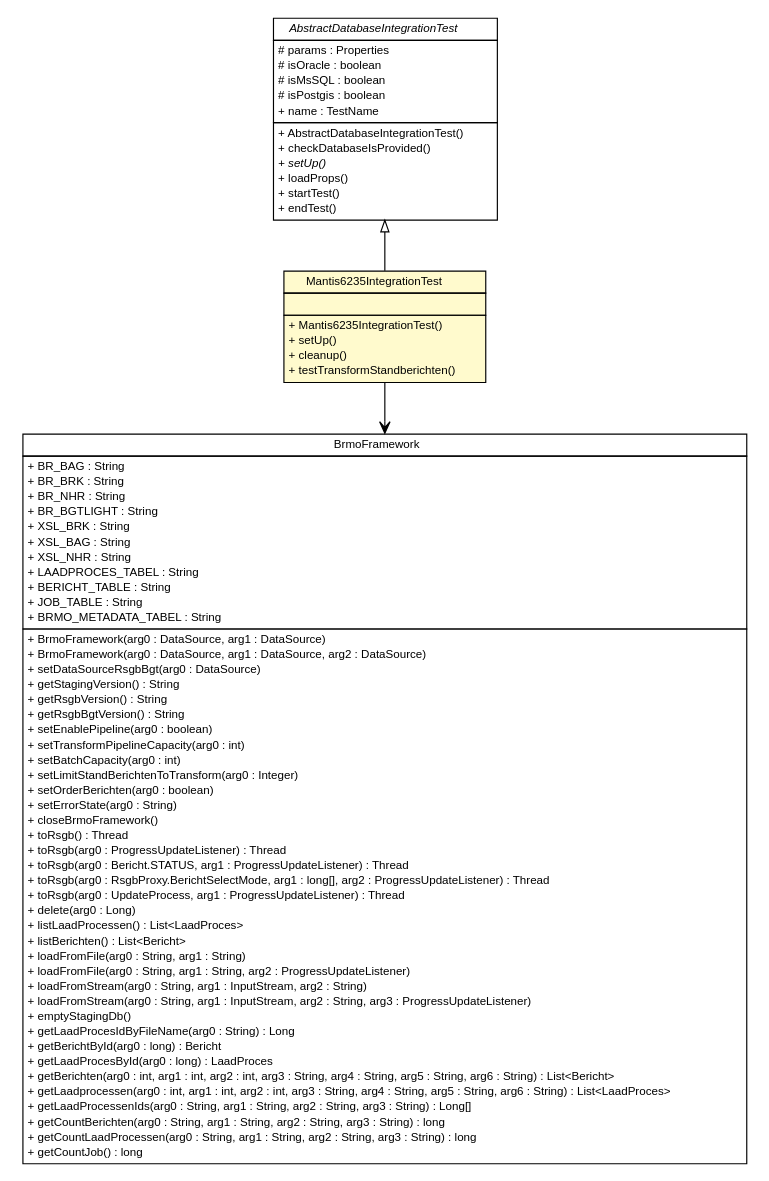
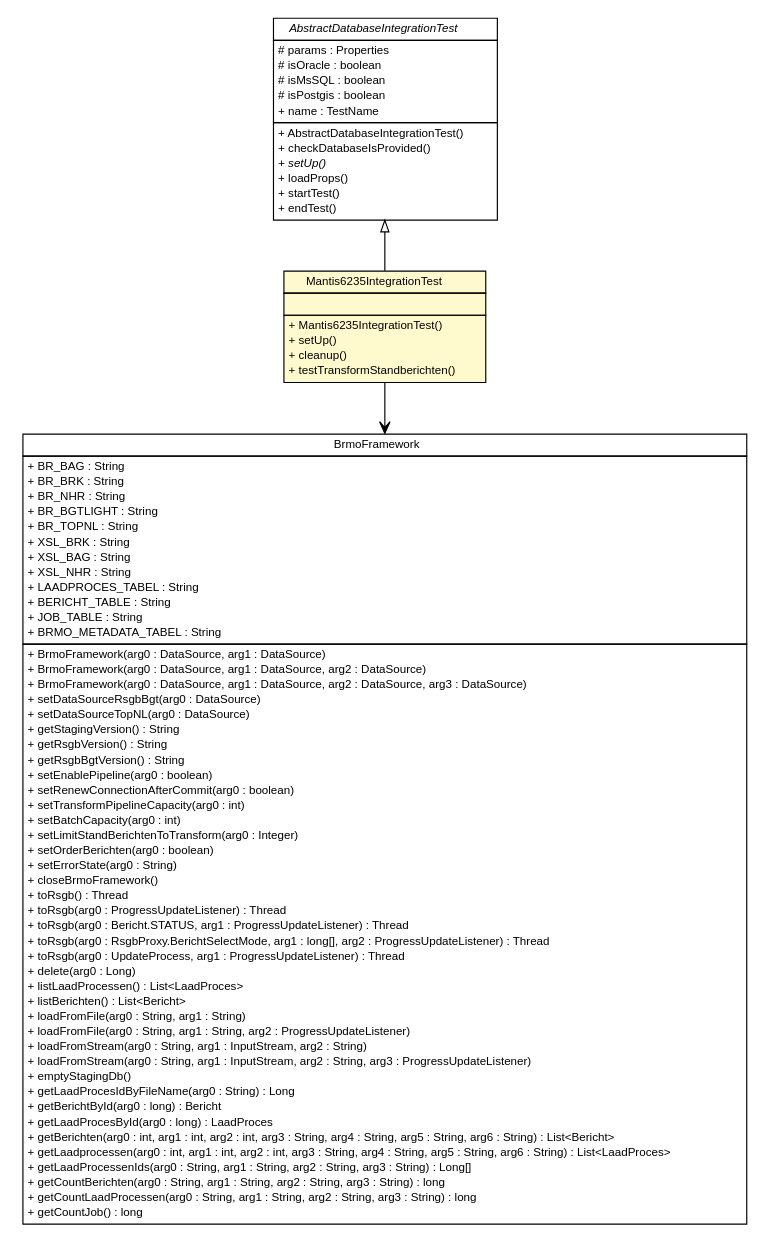
One commit to B3Partners/brmo changed the diagram in brmo-loader/testapidocs/nl/b3p/Mantis6235IntegrationTest.dot. Above: the diagram before and after it, drawn with Graphviz. The commit also changed 377 other files, not shown here.

```diff
--- a/brmo-loader/testapidocs/nl/b3p/Mantis6235IntegrationTest.dot
+++ b/brmo-loader/testapidocs/nl/b3p/Mantis6235IntegrationTest.dot
@@ -1,108 +1,112 @@
 #!/usr/local/bin/dot
 #
 # Class diagram 
 # Generated by UMLGraph version R5_6-24-gf6e263 (http://www.umlgraph.org/)
 #
 
 digraph G {
 	edge [fontname="Helvetica",fontsize=10,labelfontname="Helvetica",labelfontsize=10];
 	node [fontname="Helvetica",fontsize=10,shape=plaintext];
 	nodesep=0.25;
 	ranksep=0.5;
 	// nl.b3p.Mantis6235IntegrationTest
-	c406 [label=<<table title="nl.b3p.Mantis6235IntegrationTest" border="0" cellborder="1" cellspacing="0" cellpadding="2" port="p" bgcolor="lemonChiffon" href="./Mantis6235IntegrationTest.html">
+	c410 [label=<<table title="nl.b3p.Mantis6235IntegrationTest" border="0" cellborder="1" cellspacing="0" cellpadding="2" port="p" bgcolor="lemonChiffon" href="./Mantis6235IntegrationTest.html">
 		<tr><td><table border="0" cellspacing="0" cellpadding="1">
 <tr><td align="center" balign="center"> Mantis6235IntegrationTest </td></tr>
 		</table></td></tr>
 		<tr><td><table border="0" cellspacing="0" cellpadding="1">
 <tr><td align="left" balign="left">  </td></tr>
 		</table></td></tr>
 		<tr><td><table border="0" cellspacing="0" cellpadding="1">
 <tr><td align="left" balign="left"> + Mantis6235IntegrationTest() </td></tr>
 <tr><td align="left" balign="left"> + setUp() </td></tr>
 <tr><td align="left" balign="left"> + cleanup() </td></tr>
 <tr><td align="left" balign="left"> + testTransformStandberichten() </td></tr>
 		</table></td></tr>
 		</table>>, URL="./Mantis6235IntegrationTest.html", fontname="Helvetica", fontcolor="black", fontsize=10.0];
 	// nl.b3p.AbstractDatabaseIntegrationTest
-	c410 [label=<<table title="nl.b3p.AbstractDatabaseIntegrationTest" border="0" cellborder="1" cellspacing="0" cellpadding="2" port="p" href="./AbstractDatabaseIntegrationTest.html">
+	c414 [label=<<table title="nl.b3p.AbstractDatabaseIntegrationTest" border="0" cellborder="1" cellspacing="0" cellpadding="2" port="p" href="./AbstractDatabaseIntegrationTest.html">
 		<tr><td><table border="0" cellspacing="0" cellpadding="1">
 <tr><td align="center" balign="center"><font face="Helvetica-Oblique"> AbstractDatabaseIntegrationTest </font></td></tr>
 		</table></td></tr>
 		<tr><td><table border="0" cellspacing="0" cellpadding="1">
 <tr><td align="left" balign="left"> # params : Properties </td></tr>
 <tr><td align="left" balign="left"> # isOracle : boolean </td></tr>
 <tr><td align="left" balign="left"> # isMsSQL : boolean </td></tr>
 <tr><td align="left" balign="left"> # isPostgis : boolean </td></tr>
 <tr><td align="left" balign="left"> + name : TestName </td></tr>
 		</table></td></tr>
 		<tr><td><table border="0" cellspacing="0" cellpadding="1">
 <tr><td align="left" balign="left"> + AbstractDatabaseIntegrationTest() </td></tr>
 <tr><td align="left" balign="left"> + checkDatabaseIsProvided() </td></tr>
 <tr><td align="left" balign="left"><font face="Helvetica-Oblique" point-size="10.0"> + setUp() </font></td></tr>
 <tr><td align="left" balign="left"> + loadProps() </td></tr>
 <tr><td align="left" balign="left"> + startTest() </td></tr>
 <tr><td align="left" balign="left"> + endTest() </td></tr>
 		</table></td></tr>
 		</table>>, URL="./AbstractDatabaseIntegrationTest.html", fontname="Helvetica", fontcolor="black", fontsize=10.0];
 	//nl.b3p.Mantis6235IntegrationTest extends nl.b3p.AbstractDatabaseIntegrationTest
-	c410:p -> c406:p [dir=back,arrowtail=empty];
+	c414:p -> c410:p [dir=back,arrowtail=empty];
 	// nl.b3p.Mantis6235IntegrationTest NAVASSOC nl.b3p.brmo.loader.BrmoFramework
-	c406:p -> c424:p [taillabel="", label="", headlabel="", fontname="Helvetica", fontcolor="black", fontsize=10.0, color="black", arrowhead=open];
+	c410:p -> c424:p [taillabel="", label="", headlabel="", fontname="Helvetica", fontcolor="black", fontsize=10.0, color="black", arrowhead=open];
 	// nl.b3p.brmo.loader.BrmoFramework
 	c424 [label=<<table title="nl.b3p.brmo.loader.BrmoFramework" border="0" cellborder="1" cellspacing="0" cellpadding="2" port="p">
 		<tr><td><table border="0" cellspacing="0" cellpadding="1">
 <tr><td align="center" balign="center"> BrmoFramework </td></tr>
 		</table></td></tr>
 		<tr><td><table border="0" cellspacing="0" cellpadding="1">
 <tr><td align="left" balign="left"> + BR_BAG : String </td></tr>
 <tr><td align="left" balign="left"> + BR_BRK : String </td></tr>
 <tr><td align="left" balign="left"> + BR_NHR : String </td></tr>
 <tr><td align="left" balign="left"> + BR_BGTLIGHT : String </td></tr>
+<tr><td align="left" balign="left"> + BR_TOPNL : String </td></tr>
 <tr><td align="left" balign="left"> + XSL_BRK : String </td></tr>
 <tr><td align="left" balign="left"> + XSL_BAG : String </td></tr>
 <tr><td align="left" balign="left"> + XSL_NHR : String </td></tr>
 <tr><td align="left" balign="left"> + LAADPROCES_TABEL : String </td></tr>
 <tr><td align="left" balign="left"> + BERICHT_TABLE : String </td></tr>
 <tr><td align="left" balign="left"> + JOB_TABLE : String </td></tr>
 <tr><td align="left" balign="left"> + BRMO_METADATA_TABEL : String </td></tr>
 		</table></td></tr>
 		<tr><td><table border="0" cellspacing="0" cellpadding="1">
 <tr><td align="left" balign="left"> + BrmoFramework(arg0 : DataSource, arg1 : DataSource) </td></tr>
 <tr><td align="left" balign="left"> + BrmoFramework(arg0 : DataSource, arg1 : DataSource, arg2 : DataSource) </td></tr>
+<tr><td align="left" balign="left"> + BrmoFramework(arg0 : DataSource, arg1 : DataSource, arg2 : DataSource, arg3 : DataSource) </td></tr>
 <tr><td align="left" balign="left"> + setDataSourceRsgbBgt(arg0 : DataSource) </td></tr>
+<tr><td align="left" balign="left"> + setDataSourceTopNL(arg0 : DataSource) </td></tr>
 <tr><td align="left" balign="left"> + getStagingVersion() : String </td></tr>
 <tr><td align="left" balign="left"> + getRsgbVersion() : String </td></tr>
 <tr><td align="left" balign="left"> + getRsgbBgtVersion() : String </td></tr>
 <tr><td align="left" balign="left"> + setEnablePipeline(arg0 : boolean) </td></tr>
+<tr><td align="left" balign="left"> + setRenewConnectionAfterCommit(arg0 : boolean) </td></tr>
 <tr><td align="left" balign="left"> + setTransformPipelineCapacity(arg0 : int) </td></tr>
 <tr><td align="left" balign="left"> + setBatchCapacity(arg0 : int) </td></tr>
 <tr><td align="left" balign="left"> + setLimitStandBerichtenToTransform(arg0 : Integer) </td></tr>
 <tr><td align="left" balign="left"> + setOrderBerichten(arg0 : boolean) </td></tr>
 <tr><td align="left" balign="left"> + setErrorState(arg0 : String) </td></tr>
 <tr><td align="left" balign="left"> + closeBrmoFramework() </td></tr>
 <tr><td align="left" balign="left"> + toRsgb() : Thread </td></tr>
 <tr><td align="left" balign="left"> + toRsgb(arg0 : ProgressUpdateListener) : Thread </td></tr>
 <tr><td align="left" balign="left"> + toRsgb(arg0 : Bericht.STATUS, arg1 : ProgressUpdateListener) : Thread </td></tr>
 <tr><td align="left" balign="left"> + toRsgb(arg0 : RsgbProxy.BerichtSelectMode, arg1 : long[], arg2 : ProgressUpdateListener) : Thread </td></tr>
 <tr><td align="left" balign="left"> + toRsgb(arg0 : UpdateProcess, arg1 : ProgressUpdateListener) : Thread </td></tr>
 <tr><td align="left" balign="left"> + delete(arg0 : Long) </td></tr>
 <tr><td align="left" balign="left"> + listLaadProcessen() : List&lt;LaadProces&gt; </td></tr>
 <tr><td align="left" balign="left"> + listBerichten() : List&lt;Bericht&gt; </td></tr>
 <tr><td align="left" balign="left"> + loadFromFile(arg0 : String, arg1 : String) </td></tr>
 <tr><td align="left" balign="left"> + loadFromFile(arg0 : String, arg1 : String, arg2 : ProgressUpdateListener) </td></tr>
 <tr><td align="left" balign="left"> + loadFromStream(arg0 : String, arg1 : InputStream, arg2 : String) </td></tr>
 <tr><td align="left" balign="left"> + loadFromStream(arg0 : String, arg1 : InputStream, arg2 : String, arg3 : ProgressUpdateListener) </td></tr>
 <tr><td align="left" balign="left"> + emptyStagingDb() </td></tr>
 <tr><td align="left" balign="left"> + getLaadProcesIdByFileName(arg0 : String) : Long </td></tr>
 <tr><td align="left" balign="left"> + getBerichtById(arg0 : long) : Bericht </td></tr>
 <tr><td align="left" balign="left"> + getLaadProcesById(arg0 : long) : LaadProces </td></tr>
 <tr><td align="left" balign="left"> + getBerichten(arg0 : int, arg1 : int, arg2 : int, arg3 : String, arg4 : String, arg5 : String, arg6 : String) : List&lt;Bericht&gt; </td></tr>
 <tr><td align="left" balign="left"> + getLaadprocessen(arg0 : int, arg1 : int, arg2 : int, arg3 : String, arg4 : String, arg5 : String, arg6 : String) : List&lt;LaadProces&gt; </td></tr>
 <tr><td align="left" balign="left"> + getLaadProcessenIds(arg0 : String, arg1 : String, arg2 : String, arg3 : String) : Long[] </td></tr>
 <tr><td align="left" balign="left"> + getCountBerichten(arg0 : String, arg1 : String, arg2 : String, arg3 : String) : long </td></tr>
 <tr><td align="left" balign="left"> + getCountLaadProcessen(arg0 : String, arg1 : String, arg2 : String, arg3 : String) : long </td></tr>
 <tr><td align="left" balign="left"> + getCountJob() : long </td></tr>
 		</table></td></tr>
 		</table>>, URL="null", fontname="Helvetica", fontcolor="black", fontsize=10.0];
 }
```
